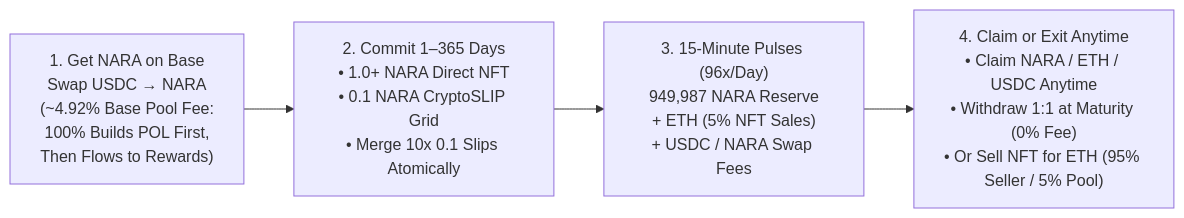
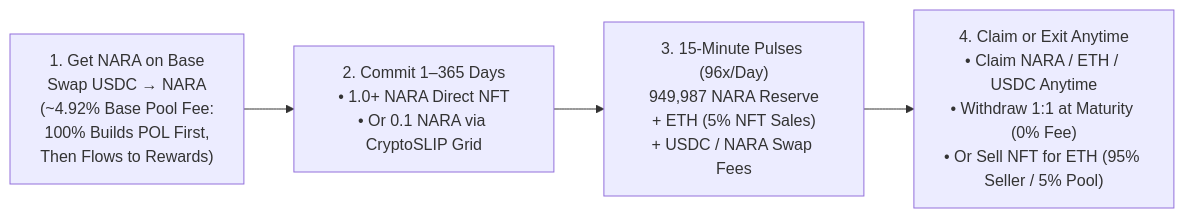
Before and after one commit to NARAProtocol/nara_protocol_v4: the diagram in docs/PROJECT_KNOWLEDGE_BASE.md, drawn with Mermaid. The commit also changed other lines of this file and 27 other files, not shown here.

````diff
--- a/docs/PROJECT_KNOWLEDGE_BASE.md
+++ b/docs/PROJECT_KNOWLEDGE_BASE.md
@@ -55,6 +55,6 @@
 ```mermaid
 flowchart LR
-    A["1. Get NARA on Base\nSwap USDC → NARA\n(~4.92% Base Pool Fee:\n100% Builds POL First,\nThen Flows to Rewards)"] --> B["2. Commit 1–365 Days\n• 1.0+ NARA Direct NFT\n• 0.1 NARA CryptoSLIP Grid\n• Merge 10x 0.1 Slips Atomically"]
-    B --> C["3. 15-Minute Pulses (96x/Day)\n949,987 NARA Reserve\n+ ETH (5% NFT Sales)\n+ USDC / NARA Swap Fees"]
-    C --> D["4. Claim or Exit Anytime\n• Claim NARA / ETH / USDC Anytime\n• Withdraw 1:1 at Maturity (0% Fee)\n• Or Sell NFT for ETH (95% Seller / 5% Pool)"]
+    A["1. Get NARA on Base<br/>Swap USDC → NARA<br/>(~4.92% Base Pool Fee:<br/>100% Builds POL First,<br/>Then Flows to Rewards)"] --> B["2. Commit 1–365 Days<br/>• 1.0+ NARA Direct NFT<br/>• Or 0.1 NARA via CryptoSLIP Grid"]
+    B --> C["3. 15-Minute Pulses (96x/Day)<br/>949,987 NARA Reserve<br/>+ ETH (5% NFT Sales)<br/>+ USDC / NARA Swap Fees"]
+    C --> D["4. Claim or Exit Anytime<br/>• Claim NARA / ETH / USDC Anytime<br/>• Withdraw 1:1 at Maturity (0% Fee)<br/>• Or Sell NFT for ETH (95% Seller / 5% Pool)"]
 ```
````
